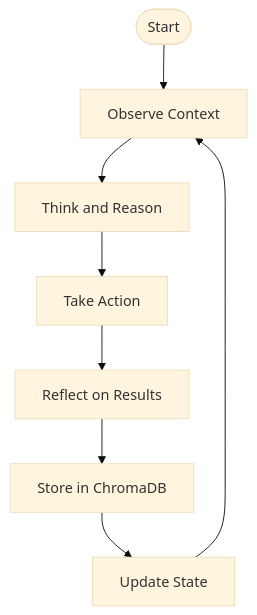
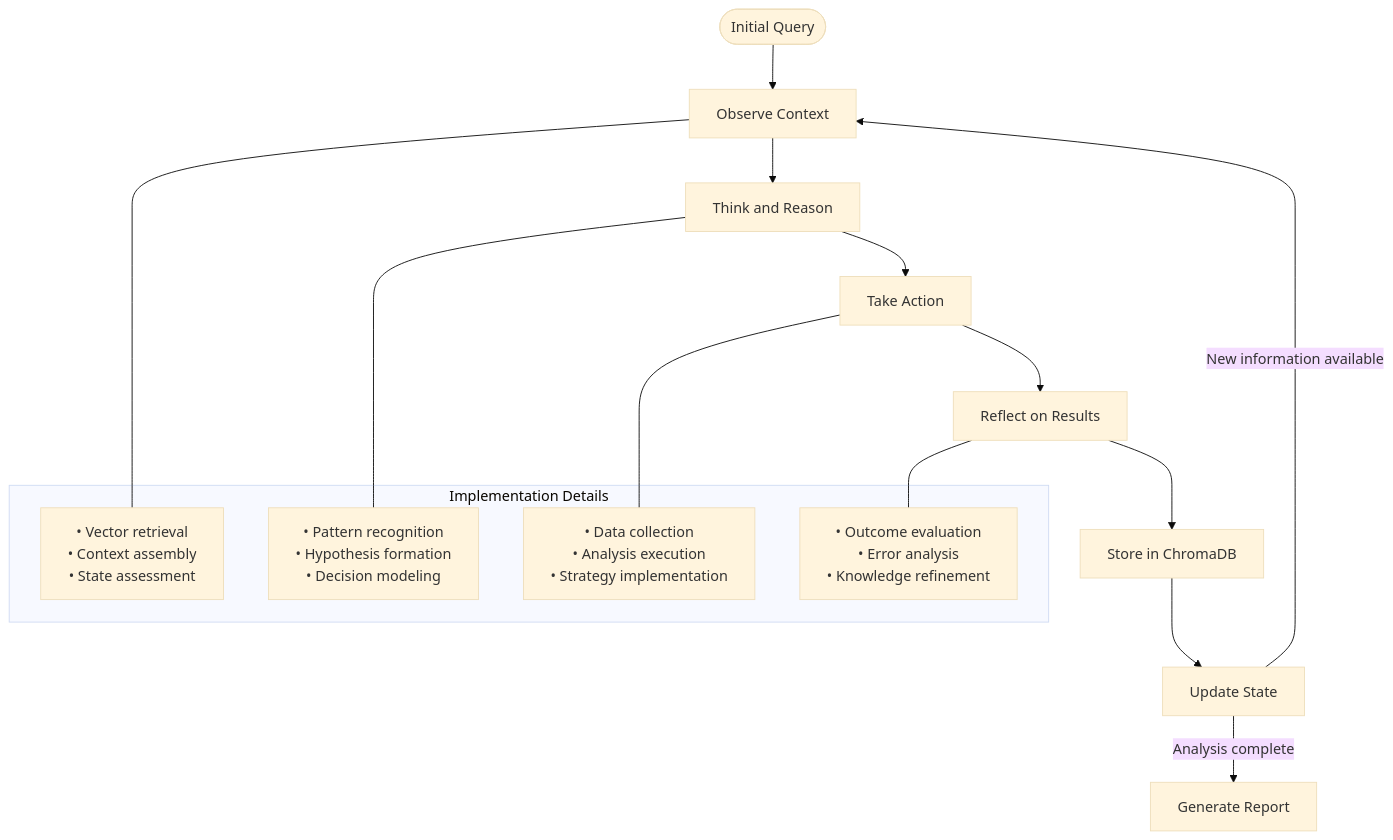
The fourth of 6 diagrams in README.md (Latticeworks1/meme-syndicate), drawn with Mermaid (base theme) before and after one commit. The commit also changed other lines of this file, not shown here.

````diff
--- a/README.md
+++ b/README.md
@@ -88,10 +150,23 @@
 ```mermaid
 graph TD
-    Start([Start]) --> Observe[Observe Context]
+    Start([Initial Query]) --> Observe[Observe Context]
     Observe --> Think[Think and Reason]
     Think --> Act[Take Action]
     Act --> Reflect[Reflect on Results]
     Reflect --> Store[Store in ChromaDB]
     Store --> Update[Update State]
-    Update --> Observe
+    Update -->|New information available| Observe
+    Update -->|Analysis complete| Output[Generate Report]
+
+    subgraph "Implementation Details"
+        OBS["• Vector retrieval<br/>• Context assembly<br/>• State assessment"]
+        THK["• Pattern recognition<br/>• Hypothesis formation<br/>• Decision modeling"]
+        ACT["• Data collection<br/>• Analysis execution<br/>• Strategy implementation"]
+        RFL["• Outcome evaluation<br/>• Error analysis<br/>• Knowledge refinement"]
+    end
+
+    Observe --- OBS
+    Think --- THK
+    Act --- ACT
+    Reflect --- RFL
 ```
````
